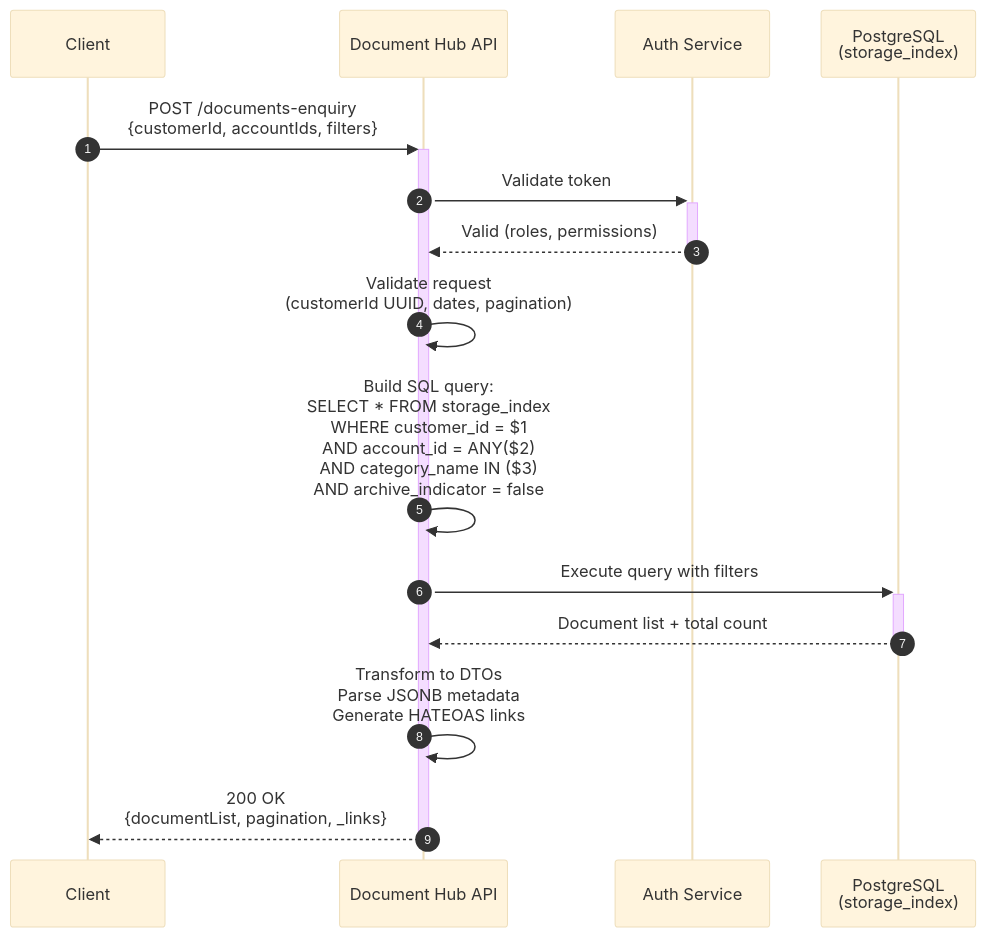
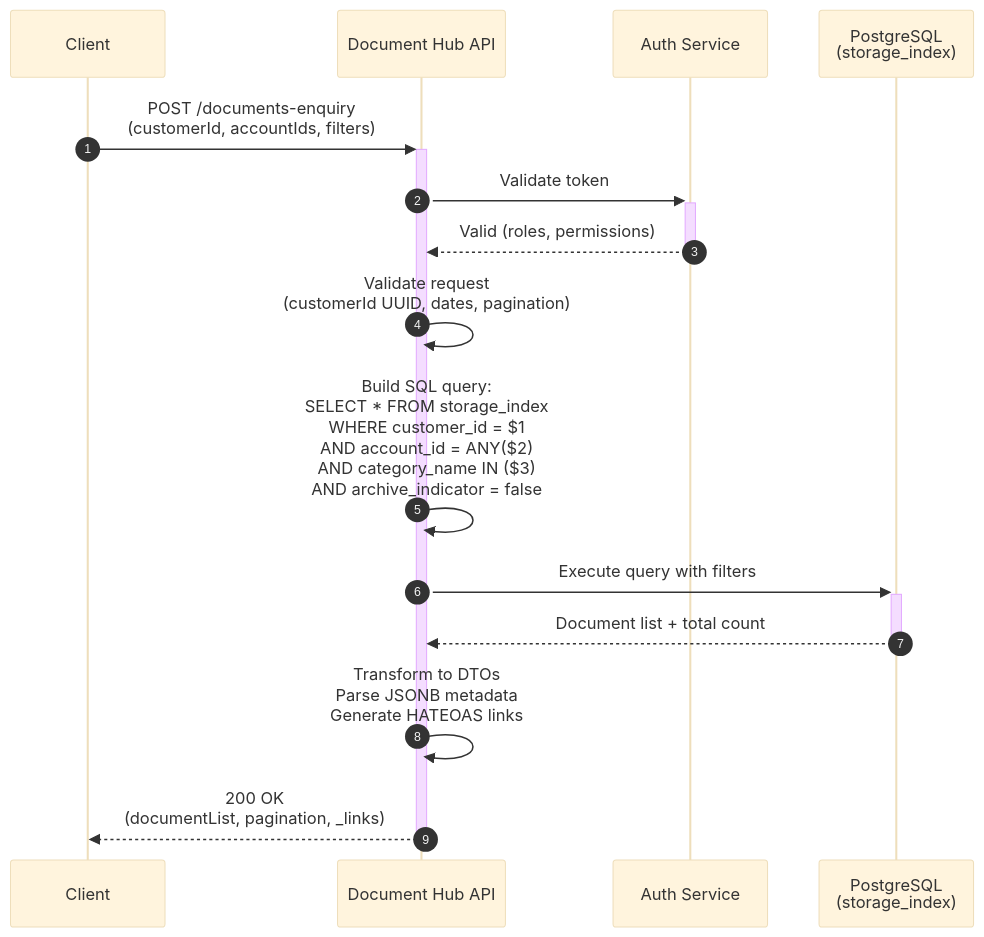
Before and after one commit to ghmd86/document-hub: the first of 14 diagrams in docs/sequence-diagrams/complete_api_sequence_diagrams.md, drawn with Mermaid (base theme). The commit also changed other lines of this file, not shown here.

First line of the commit message:
Fix Mermaid syntax errors in sequence diagrams

````diff
--- a/docs/sequence-diagrams/complete_api_sequence_diagrams.md
+++ b/docs/sequence-diagrams/complete_api_sequence_diagrams.md
@@ -23,24 +23,24 @@
 ```mermaid
 sequenceDiagram
     autonumber
 
     participant Client
     participant API as Document Hub API
     participant Auth as Auth Service
     participant DB as PostgreSQL<br/>(storage_index)
 
-    Client->>+API: POST /documents-enquiry<br/>{customerId, accountIds, filters}
+    Client->>+API: POST /documents-enquiry<br/>(customerId, accountIds, filters)
     API->>+Auth: Validate token
     Auth-->>-API: Valid (roles, permissions)
 
     API->>API: Validate request<br/>(customerId UUID, dates, pagination)
 
     API->>API: Build SQL query:<br/>SELECT * FROM storage_index<br/>WHERE customer_id = $1<br/>AND account_id = ANY($2)<br/>AND category_name IN ($3)<br/>AND archive_indicator = false
 
     API->>+DB: Execute query with filters
     DB-->>-API: Document list + total count
 
     API->>API: Transform to DTOs<br/>Parse JSONB metadata<br/>Generate HATEOAS links
 
-    API-->>-Client: 200 OK<br/>{documentList, pagination, _links}
+    API-->>-Client: 200 OK<br/>(documentList, pagination, _links)
 ```
````
